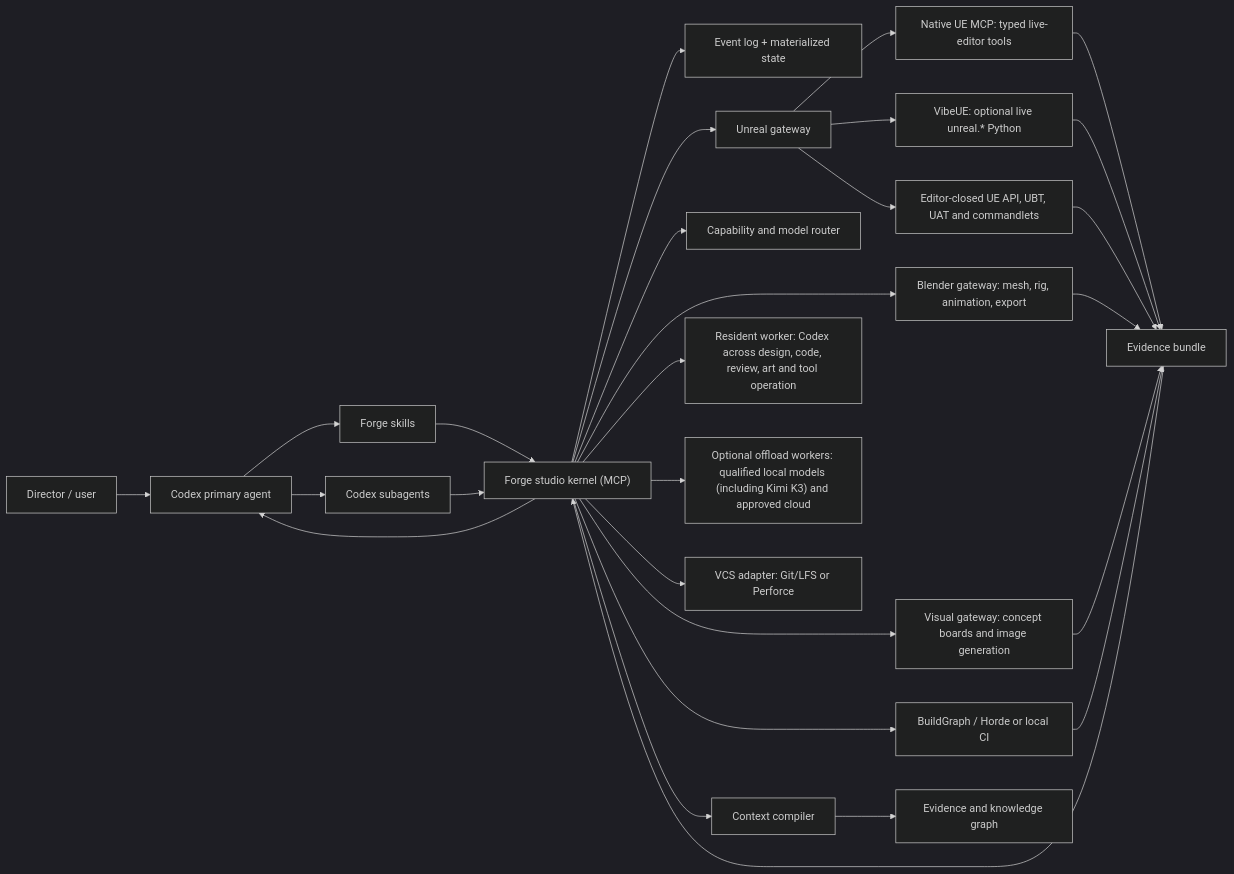
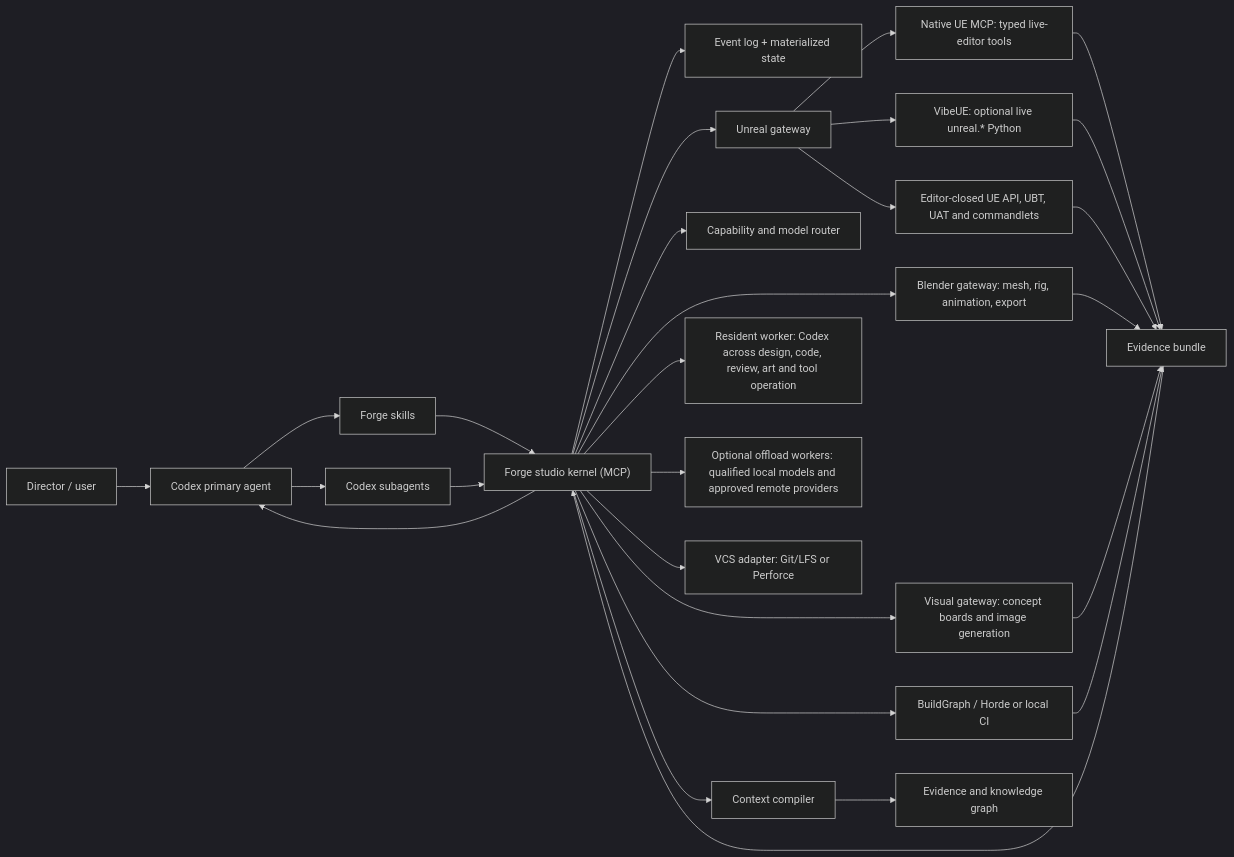
One commit to daveinc/forge-ue-claude changed the diagram in docs/COUNTERPLAN.md. Above: the diagram before and after it, drawn with Mermaid (dark theme). The commit also changed other lines of this file and 13 other files, not shown here.

````diff
--- a/docs/COUNTERPLAN.md
+++ b/docs/COUNTERPLAN.md
@@ -92,30 +92,30 @@
 ```mermaid
 flowchart LR
     U["Director / user"] --> C["Codex primary agent"]
     C --> S["Forge skills"]
     C --> A["Codex subagents"]
     S --> K["Forge studio kernel (MCP)"]
     A --> K
     K --> DB["Event log + materialized state"]
     K --> CC["Context compiler"]
     K --> R["Capability and model router"]
     K --> G["Unreal gateway"]
     G --> M["Native UE MCP: typed live-editor tools"]
     G --> P["VibeUE: optional live unreal.* Python"]
     G --> H["Editor-closed UE API, UBT, UAT and commandlets"]
     K --> D["Blender gateway: mesh, rig, animation, export"]
     K --> IMG["Visual gateway: concept boards and image generation"]
     K --> CR["Resident worker: Codex across design, code, review, art and tool operation"]
-    K --> MP["Optional offload workers: qualified local models (including Kimi K3) and approved cloud"]
+    K --> MP["Optional offload workers: qualified local models and approved remote providers"]
     K --> V["VCS adapter: Git/LFS or Perforce"]
     K --> CI["BuildGraph / Horde or local CI"]
     CC --> KG["Evidence and knowledge graph"]
     M --> EV["Evidence bundle"]
     P --> EV
     H --> EV
     D --> EV
     IMG --> EV
     CI --> EV
     EV --> K
     K --> C
 ```
````
